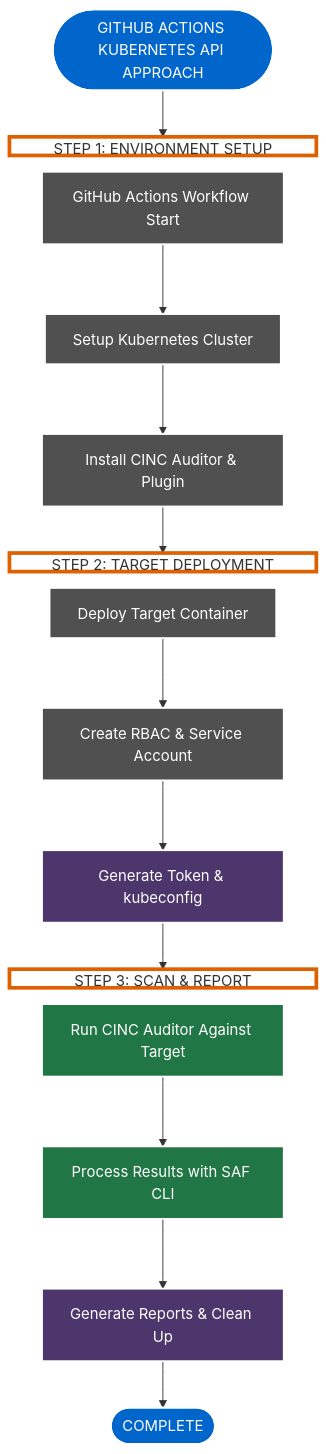
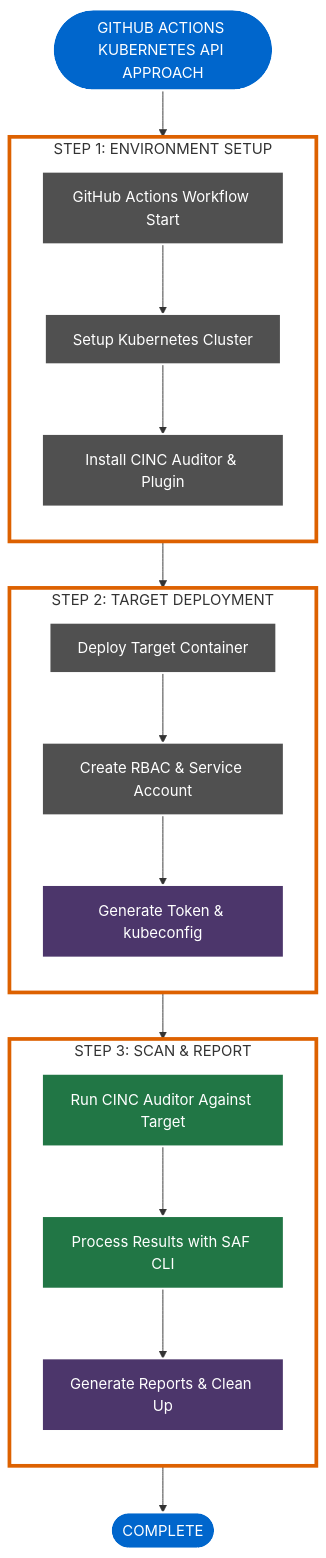
One commit to mitre/kube-secure-scanner changed the eighth of 10 diagrams in docs/overview/mermaid-diagrams.md. Above: the diagram before and after it, drawn with Mermaid. The commit also changed other lines of this file and 1 other file, not shown here.

First line of the commit message:
Fix all diagram containment issues and add documentation

````diff
--- a/docs/overview/mermaid-diagrams.md
+++ b/docs/overview/mermaid-diagrams.md
@@ -362,52 +344,48 @@
 ```mermaid
 flowchart TD
     start([GITHUB ACTIONS KUBERNETES API APPROACH]) --> step1
     
     subgraph step1["STEP 1: ENVIRONMENT SETUP"]
         direction TB
         workflow_start["GitHub Actions Workflow Start"] --> setup_k8s["Setup Kubernetes Cluster"]
         setup_k8s --> install["Install CINC Auditor & Plugin"]
     end
     
     step1 --> step2
     
     subgraph step2["STEP 2: TARGET DEPLOYMENT"]
         direction TB
         deploy["Deploy Target Container"] --> create_rbac["Create RBAC & Service Account"]
         create_rbac --> generate_token["Generate Token & kubeconfig"]
     end
     
     step2 --> step3
     
     subgraph step3["STEP 3: SCAN & REPORT"]
         direction TB
         run_cinc["Run CINC Auditor Against Target"] --> process["Process Results with SAF CLI"]
         process --> generate_reports["Generate Reports & Clean Up"]
     end
     
     step3 --> complete([COMPLETE])
     
     %% WCAG-compliant styling
     style start fill:#0066CC,stroke:#FFFFFF,stroke-width:2px,color:#FFFFFF
     style complete fill:#0066CC,stroke:#FFFFFF,stroke-width:2px,color:#FFFFFF
     
     %% Step styling with WCAG-compliant colors - works in both light/dark
     style step1 fill:none,stroke:#DD6100,stroke-width:4px
     style step2 fill:none,stroke:#DD6100,stroke-width:4px
     style step3 fill:none,stroke:#DD6100,stroke-width:4px
     
     %% Process styling with WCAG-compliant colors
     style workflow_start fill:#505050,stroke:#FFFFFF,stroke-width:2px,color:#FFFFFF
     style setup_k8s fill:#505050,stroke:#FFFFFF,stroke-width:2px,color:#FFFFFF
     style install fill:#505050,stroke:#FFFFFF,stroke-width:2px,color:#FFFFFF
     style deploy fill:#505050,stroke:#FFFFFF,stroke-width:2px,color:#FFFFFF
     style create_rbac fill:#505050,stroke:#FFFFFF,stroke-width:2px,color:#FFFFFF
     style generate_token fill:#4C366B,stroke:#FFFFFF,stroke-width:2px,color:#FFFFFF
     style run_cinc fill:#217645,stroke:#FFFFFF,stroke-width:2px,color:#FFFFFF
     style process fill:#217645,stroke:#FFFFFF,stroke-width:2px,color:#FFFFFF
     style generate_reports fill:#4C366B,stroke:#FFFFFF,stroke-width:2px,color:#FFFFFF
-    
-    %% Add more vertical space
-    classDef space height:20px;
-    class step1,step2,step3 space;
 ```
````
